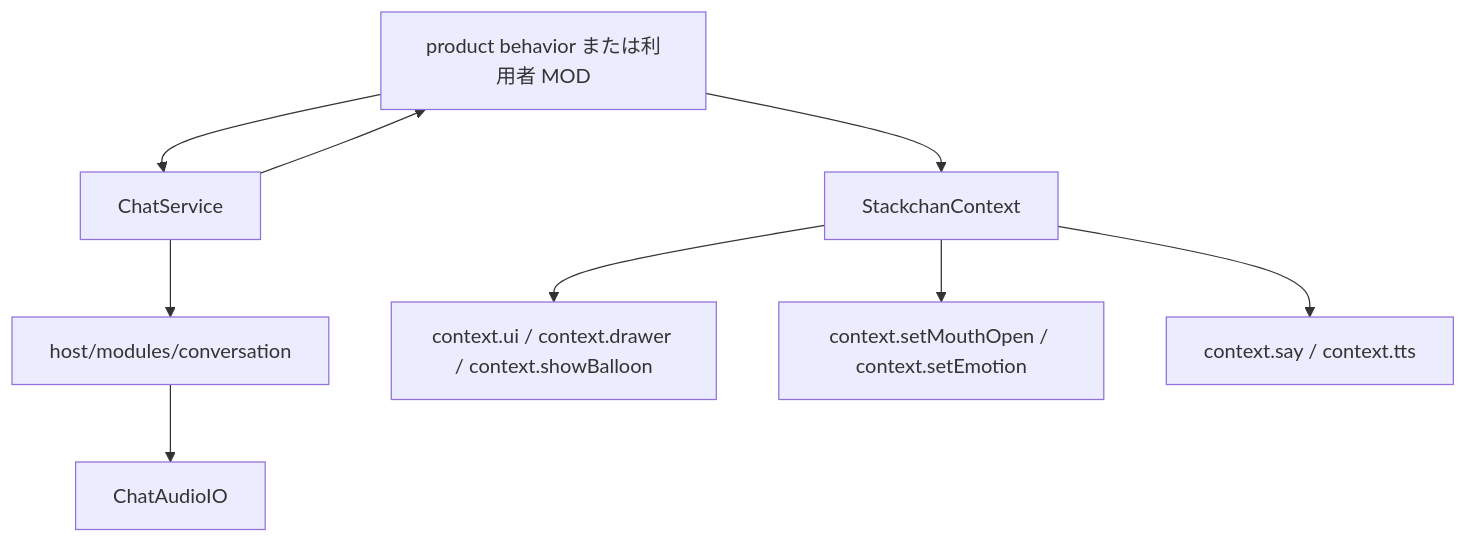
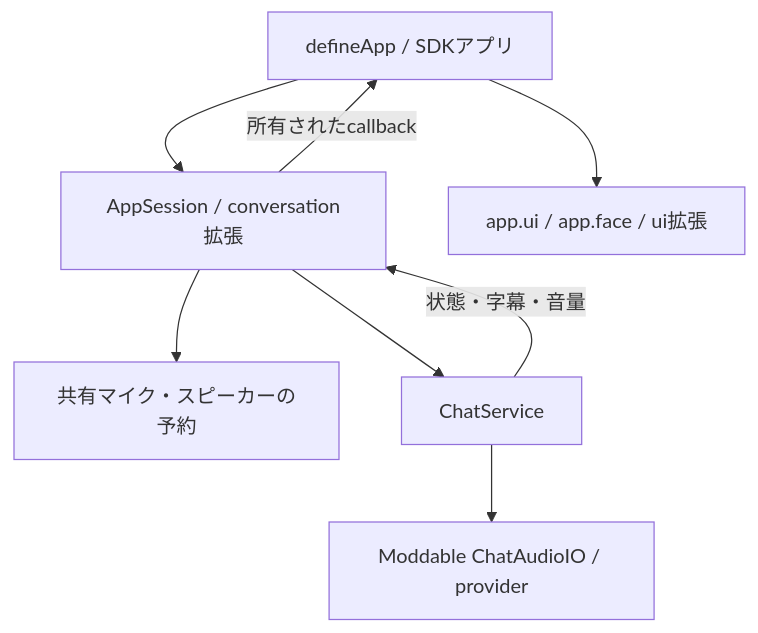
Before and after one commit to stack-chan/stack-chan: the diagram in firmware/docs/chat-audioio-integration.md, drawn with Mermaid. The commit also changed other lines of this file and 131 other files, not shown here.

Commit message:
Retire V1 app runtime and executable MOD configuration

````diff
--- a/firmware/docs/chat-audioio-integration.md
+++ b/firmware/docs/chat-audioio-integration.md
@@ -12,20 +5,10 @@
 ```mermaid
 flowchart TD
-  Behavior["product behavior または利用者 MOD"]
-  Context["StackchanContext"]
-  Conversation["host/modules/conversation"]
-  ChatService["ChatService"]
-  ChatAudioIO["ChatAudioIO"]
-  UI["context.ui / context.drawer / context.showBalloon"]
-  Face["context.setMouthOpen / context.setEmotion"]
-  Audio["context.say / context.tts"]
-
-  Behavior --> Context
-  Behavior --> ChatService
-  ChatService --> Conversation
-  Conversation --> ChatAudioIO
-  ChatService --> Behavior
-  Context --> UI
-  Context --> Face
-  Context --> Audio
+  App["defineApp / SDKアプリ"] --> Session["AppSession / conversation拡張"]
+  Session --> Audio["共有マイク・スピーカーの予約"]
+  Session --> Chat["ChatService"]
+  Chat --> IO["Moddable ChatAudioIO / provider"]
+  Chat -->|状態・字幕・音量| Session
+  Session -->|所有されたcallback| App
+  App --> UI["app.ui / app.face / ui拡張"]
 ```
````
